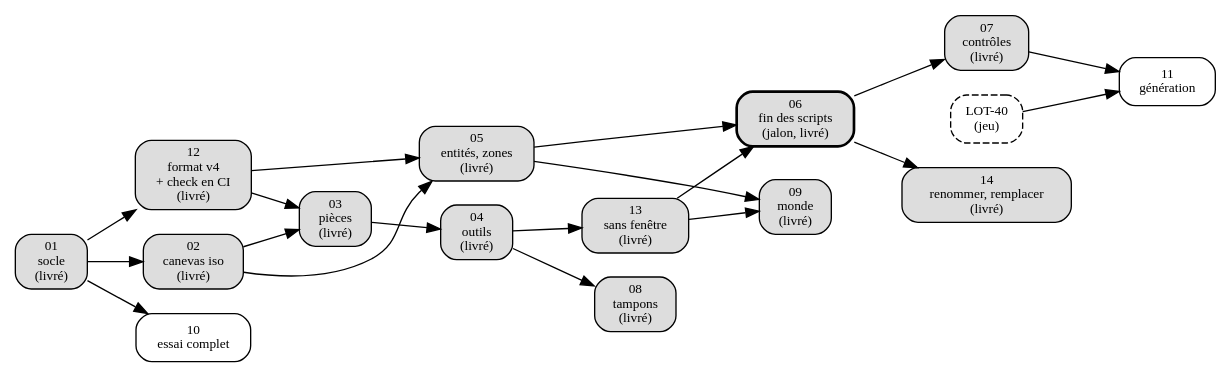
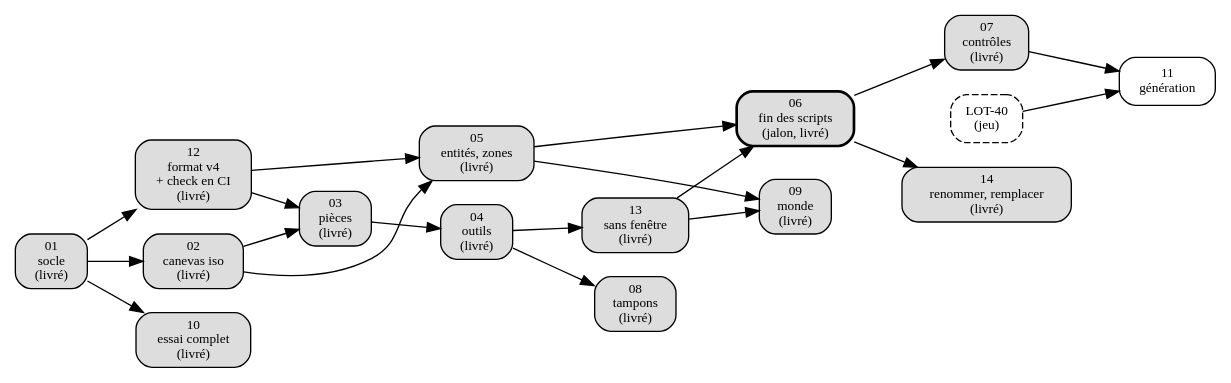
The diagram in Documentation/Editeur/feuille-de-route.md (azertval/JustAnotherRpgGame), drawn with Graphviz before and after one commit. The commit also changed other lines of this file and 28 other files, not shown here.

````diff
--- a/Documentation/Editeur/feuille-de-route.md
+++ b/Documentation/Editeur/feuille-de-route.md
@@ -210,29 +210,29 @@
 ```dot
 digraph editeur {
   rankdir=LR;
   node [shape=box, style=rounded, fontsize=10];
   E01 [label="01\nsocle\n(livré)", style="rounded,filled", fillcolor="#dddddd"];
   E02 [label="02\ncanevas iso\n(livré)", style="rounded,filled", fillcolor="#dddddd"];
   E12 [label="12\nformat v4\n+ check en CI\n(livré)", style="rounded,filled", fillcolor="#dddddd"];
   E03 [label="03\npièces\n(livré)", style="rounded,filled", fillcolor="#dddddd"];
   E04 [label="04\noutils\n(livré)", style="rounded,filled", fillcolor="#dddddd"];
   E05 [label="05\nentités, zones\n(livré)", style="rounded,filled", fillcolor="#dddddd"];
   E13 [label="13\nsans fenêtre\n(livré)", style="rounded,filled", fillcolor="#dddddd"];
   E06 [label="06\nfin des scripts\n(jalon, livré)", style="rounded,filled,bold", fillcolor="#dddddd"];
   E07 [label="07\ncontrôles\n(livré)", style="rounded,filled", fillcolor="#dddddd"];
   E14 [label="14\nrenommer, remplacer\n(livré)", style="rounded,filled", fillcolor="#dddddd"];
   E08 [label="08\ntampons\n(livré)", style="rounded,filled", fillcolor="#dddddd"];
   E09 [label="09\nmonde\n(livré)", style="rounded,filled", fillcolor="#dddddd"];
-  E10 [label="10\nessai complet"];
+  E10 [label="10\nessai complet\n(livré)", style="rounded,filled", fillcolor="#dddddd"];
   E11 [label="11\ngénération"];
   L40 [label="LOT-40\n(jeu)", style="rounded,dashed"];
   E01 -> E02; E01 -> E12; E01 -> E10;
   E02 -> E03; E12 -> E03;
   E02 -> E05; E12 -> E05;
   E03 -> E04; E04 -> E13; E04 -> E08;
   E13 -> E06; E05 -> E06;
   E06 -> E07; E06 -> E14;
   E05 -> E09; E13 -> E09;
   E07 -> E11; L40 -> E11;
 }
 ```
````
